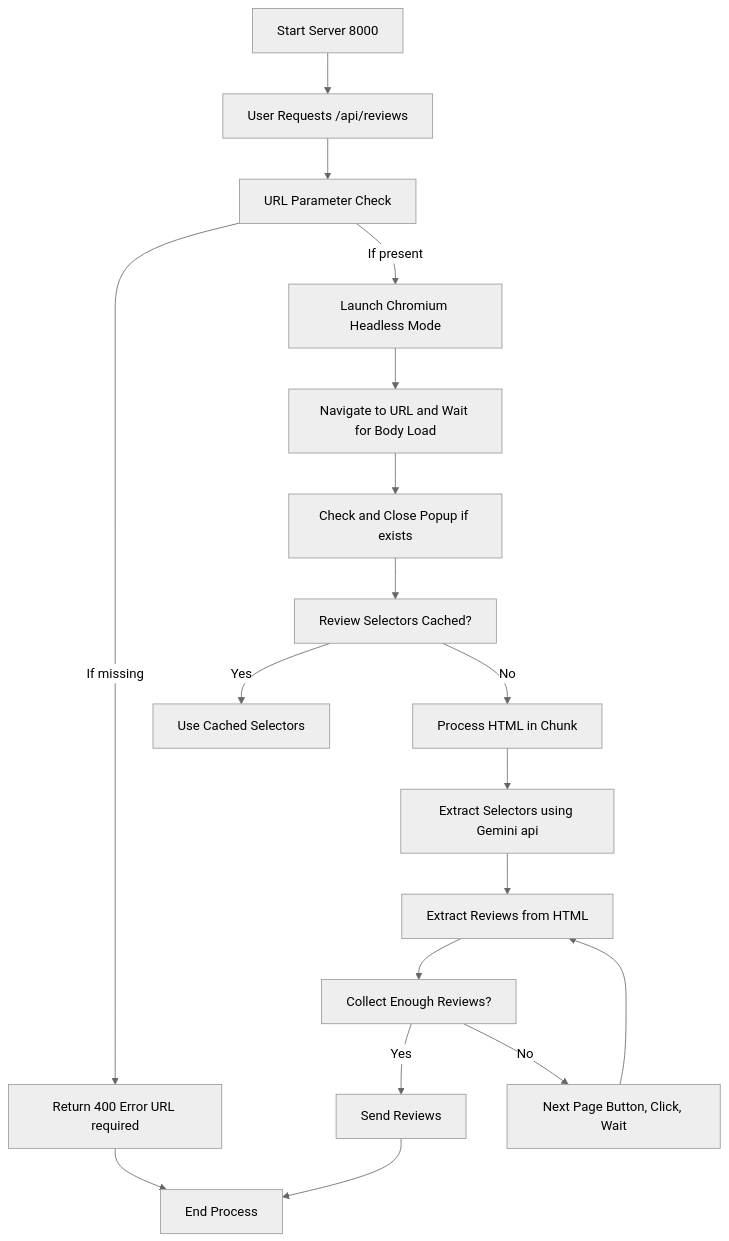
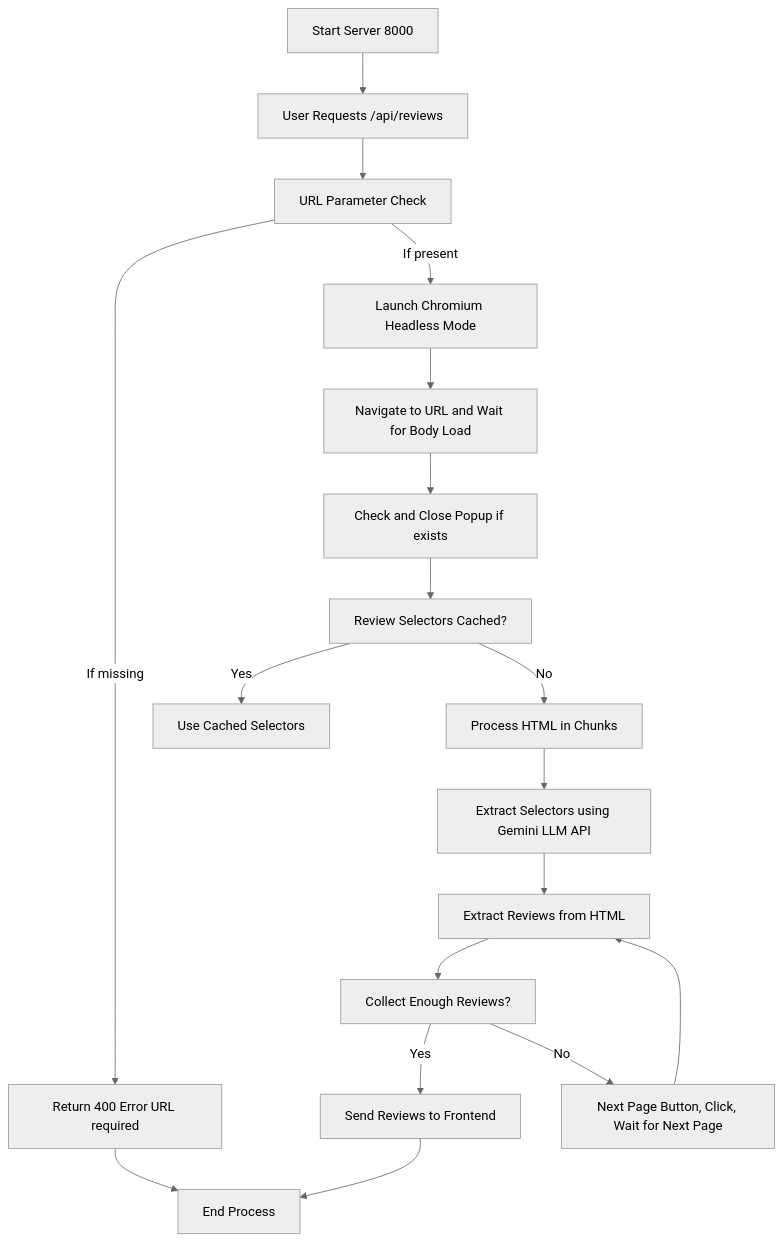
The diagram in README.md (viharnani/GoMarble-assignment), drawn with Mermaid (neutral theme) before and after one commit. The commit also changed other lines of this file, not shown here.

````diff
--- a/README.md
+++ b/README.md
@@ -7,20 +7,21 @@
 ```mermaid
 graph TD;
     A[Start Server 8000] --> B[User Requests /api/reviews]
     B --> C[URL Parameter Check]
     C -->|If missing| D[Return 400 Error URL required]
     C -->|If present| E[Launch Chromium Headless Mode]
     E --> F[Navigate to URL and Wait for Body Load]
     F --> G[Check and Close Popup if exists]
     G --> H[Review Selectors Cached?]
     H -->|Yes| I[Use Cached Selectors]
-    H -->|No| J[Process HTML in Chunk]
-    J --> K[Extract Selectors using Gemini api]
+    H -->|No| J[Process HTML in Chunks]
+    J --> K[Extract Selectors using Gemini LLM API]
     K --> L[Extract Reviews from HTML]
     L --> M[Collect Enough Reviews?]
-    M -->|Yes| N[Send Reviews]
-    M -->|No| O[Next Page Button, Click, Wait]
+    M -->|Yes| N[Send Reviews to Frontend]
+    M -->|No| O[Next Page Button, Click, Wait for Next Page]
     N --> P[End Process]
     O --> L
     D --> P
+
 ```
````
